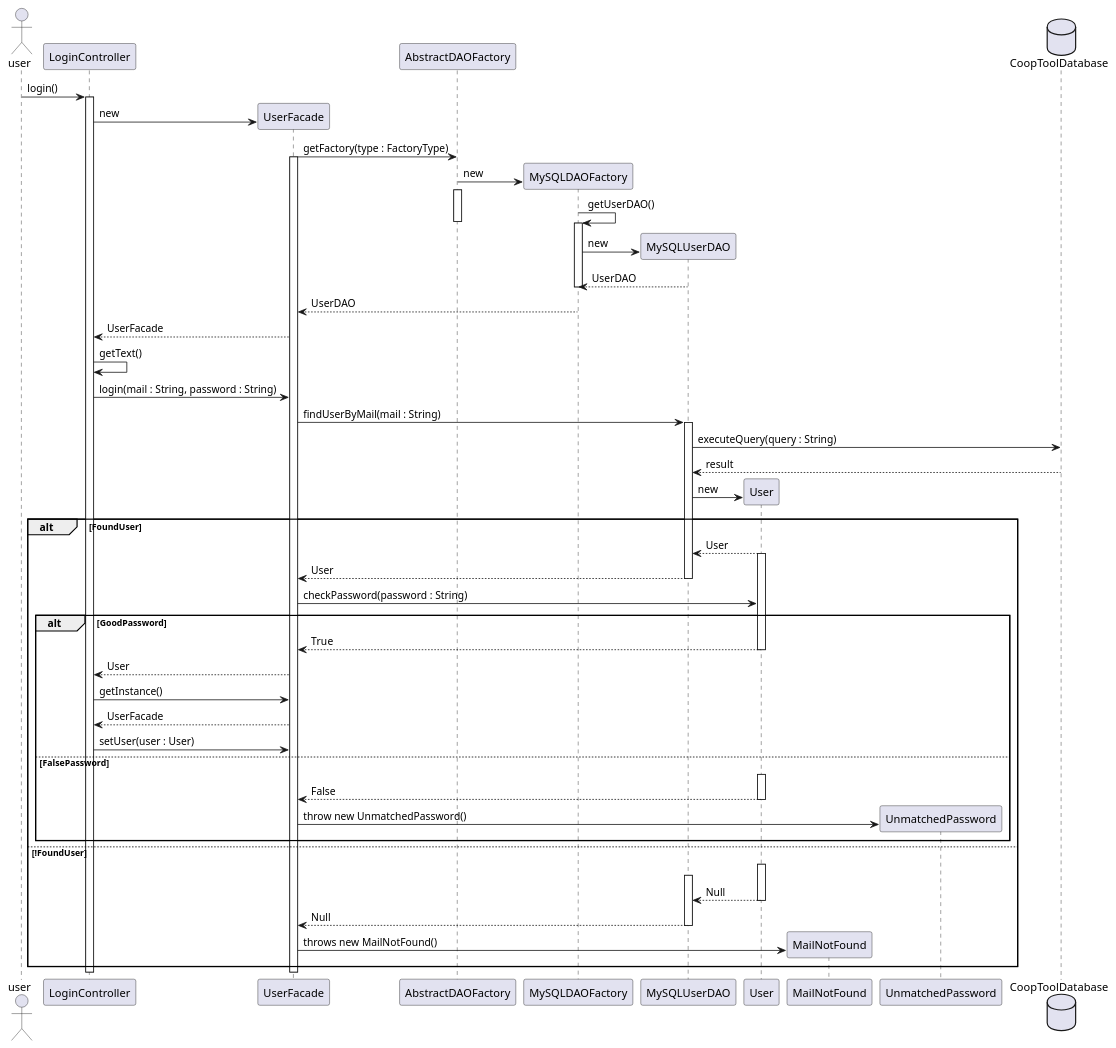
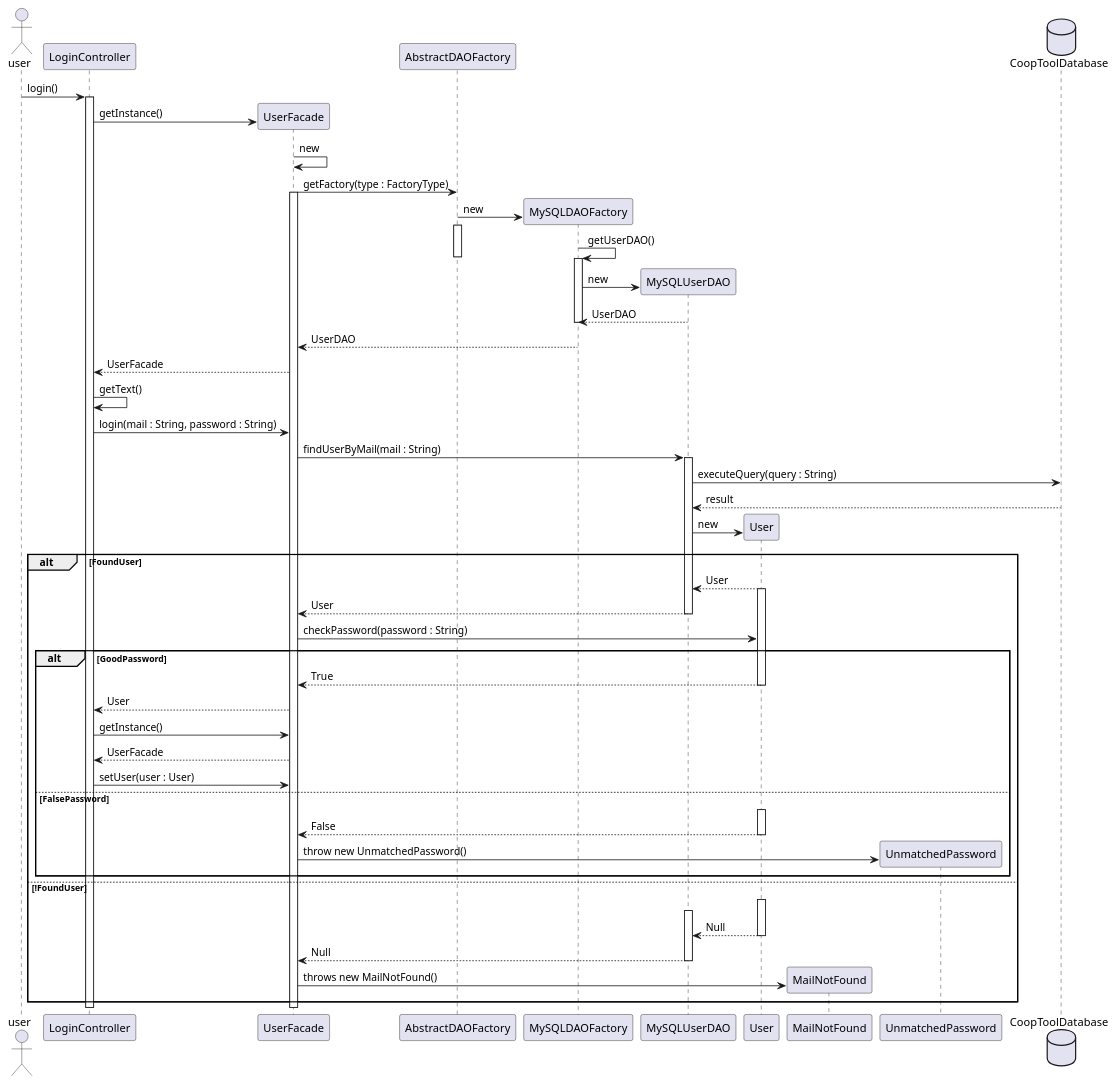
Before and after one commit to Guillaume-Dufour/coopToolProject: the diagram in ext/sequenceDiag/loginDiagram.puml, drawn with PlantUML. The commit also changed 4 other files, not shown here.

Commit message:
departmentManagementDiagram à transférer sur subject

```diff
--- a/ext/sequenceDiag/loginDiagram.puml
+++ b/ext/sequenceDiag/loginDiagram.puml
@@ -1,80 +1,81 @@
 @startuml
 
 actor user
 participant LoginController
 participant UserFacade
 participant AbstractDAOFactory
 participant MySQLDAOFactory
 participant MySQLUserDAO
 participant User
 participant MailNotFound
 participant UnmatchedPassword
 database CoopToolDatabase
 
 user -> LoginController : login()
 activate LoginController
 create UserFacade
-LoginController -> UserFacade  : new
+LoginController -> UserFacade  : getInstance()
+UserFacade -> UserFacade : new
 UserFacade -> AbstractDAOFactory : getFactory(type : FactoryType)
 activate UserFacade
 create MySQLDAOFactory
 AbstractDAOFactory -> MySQLDAOFactory : new
 activate AbstractDAOFactory
 MySQLDAOFactory -> MySQLDAOFactory : getUserDAO()
 deactivate AbstractDAOFactory
 create MySQLUserDAO
 activate MySQLDAOFactory
 MySQLDAOFactory -> MySQLUserDAO : new
 MySQLUserDAO --> MySQLDAOFactory : UserDAO
 deactivate MySQLDAOFactory
 MySQLDAOFactory --> UserFacade : UserDAO
 UserFacade --> LoginController : UserFacade
 LoginController -> LoginController : getText()
 
 LoginController -> UserFacade : login(mail : String, password : String)
 UserFacade -> MySQLUserDAO : findUserByMail(mail : String)
 activate MySQLUserDAO
 MySQLUserDAO -> CoopToolDatabase : executeQuery(query : String)
 CoopToolDatabase --> MySQLUserDAO : result
 create User
 MySQLUserDAO -> User : new
 
 alt FoundUser
     User --> MySQLUserDAO : User
     activate User
     MySQLUserDAO --> UserFacade : User
     deactivate MySQLUserDAO
     UserFacade -> User : checkPassword(password : String)
     alt GoodPassword
         User --> UserFacade : True
         deactivate User
         UserFacade --> LoginController : User
         LoginController -> UserFacade : getInstance()
         UserFacade --> LoginController : UserFacade
         LoginController -> UserFacade : setUser(user : User)
     else FalsePassword
         UserFacade -[hidden]> User
         activate User
         User --> UserFacade : False
         deactivate User
         create UnmatchedPassword
         UserFacade -> UnmatchedPassword : throw new UnmatchedPassword()
     end
 else !FoundUser
     MySQLUserDAO -[hidden]> User
     activate User
     User -[hidden]> MySQLUserDAO
     activate MySQLUserDAO
     User --> MySQLUserDAO : Null
     deactivate User
     MySQLUserDAO --> UserFacade : Null
     deactivate MySQLUserDAO
     deactivate MySQLDAOFactory
     create MailNotFound
     UserFacade -> MailNotFound : throws new MailNotFound()
 end
 
 deactivate LoginController
 deactivate UserFacade
 
 @enduml
```
